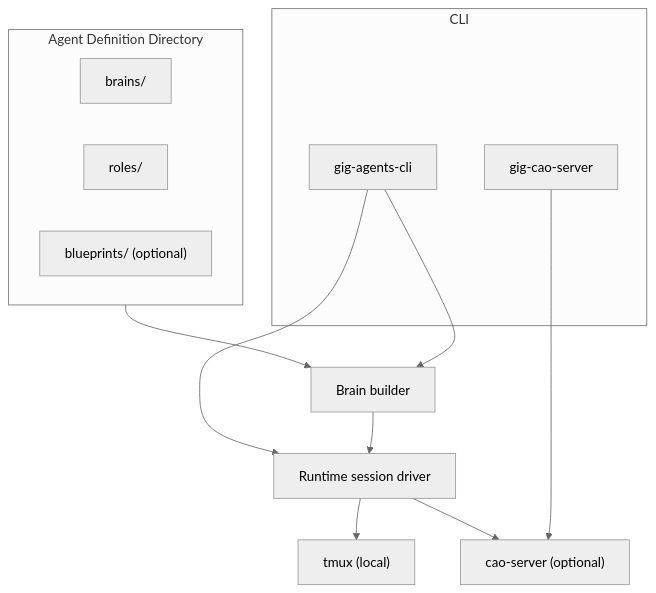
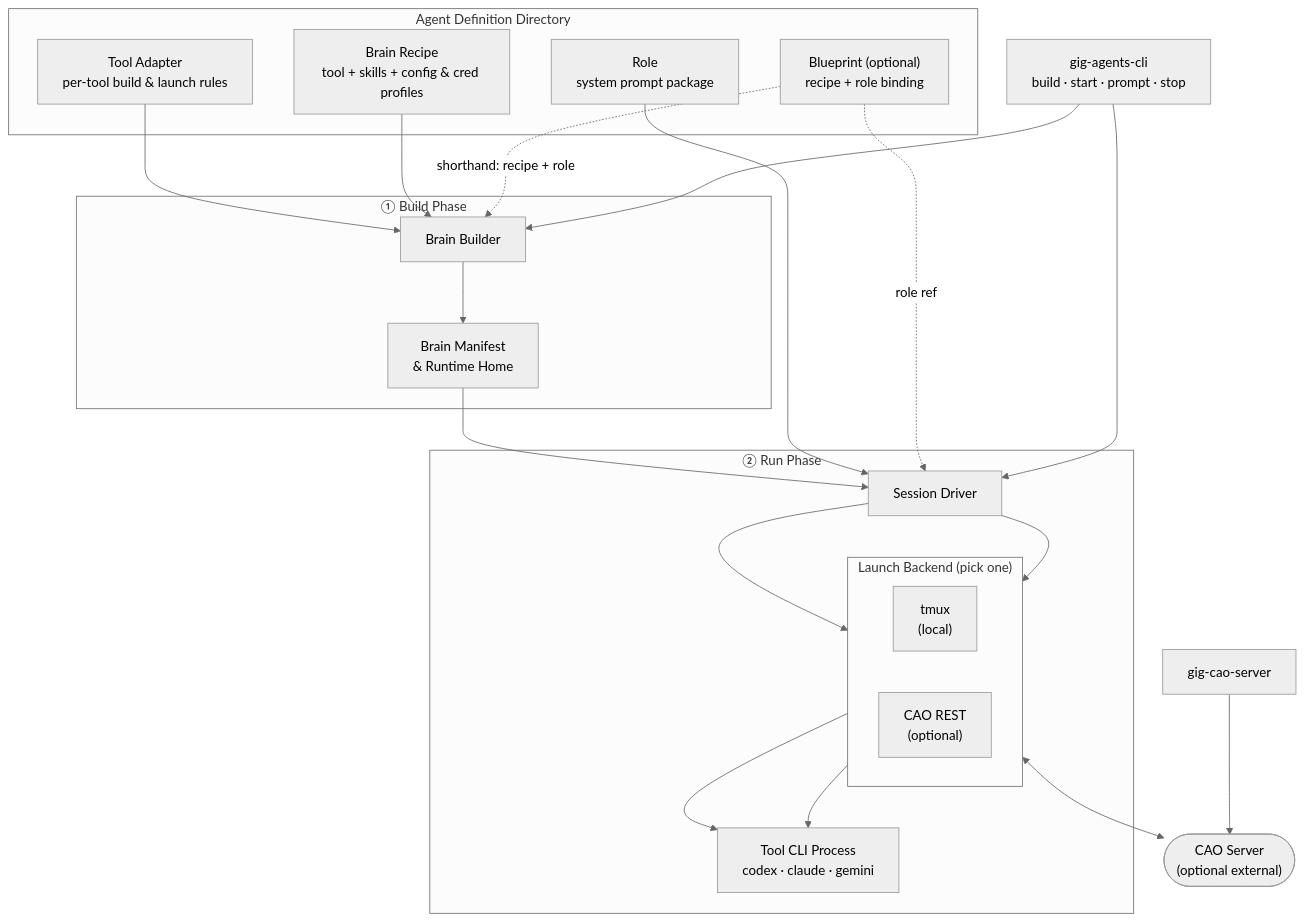
Before and after one commit to igamenovoer/houmao: the first of 2 diagrams in README.md, drawn with Mermaid (neutral theme). The commit also changed other lines of this file and 2 other files, not shown here.

Commit message:
feat: add pg-hosting pixi environment

````diff
--- a/README.md
+++ b/README.md
@@ -297,25 +304,48 @@
 ```mermaid
 flowchart TB
-    subgraph defdir ["Agent Definition Directory"]
-        brains["brains/"]
-        roles["roles/"]
-        blueprints["blueprints/ (optional)"]
+    subgraph agentdef ["Agent Definition Directory"]
+        adapter["Tool Adapter<br/>per-tool build & launch rules"]
+        recipe["Brain Recipe<br/>tool + skills + config & cred profiles"]
+        role["Role<br/>system prompt package"]
+        blueprint["Blueprint  (optional)<br/>recipe + role binding"]
     end
 
-    subgraph cli ["CLI"]
-        agentscli["gig-agents-cli"]
-        caocli["gig-cao-server"]
+    subgraph buildphase ["① Build Phase"]
+        builder["Brain Builder"]
+        artifact["Brain Manifest<br/>& Runtime Home"]
+        builder --> artifact
     end
 
-    builder["Brain builder"]
-    runtime["Runtime session driver"]
-    tmux["tmux (local)"]
-    caoserver["cao-server (optional)"]
+    subgraph runphase ["② Run Phase"]
+        runtime["Session Driver"]
+        subgraph backends ["Launch Backend  (pick one)"]
+            direction LR
+            tmux_b["tmux<br/>(local)"]
+            cao_b["CAO REST<br/>(optional)"]
+        end
+        toolcli["Tool CLI Process<br/>codex · claude · gemini"]
+        runtime --> tmux_b & cao_b --> toolcli
+    end
 
-    defdir --> builder --> runtime
+    extcao(["CAO Server<br/>(optional external)"])
+    caocli["gig-cao-server"]
+    agentscli["gig-agents-cli<br/>build · start · prompt · stop"]
+
+    %% Build inputs
+    adapter --> builder
+    recipe --> builder
+    blueprint -. "shorthand: recipe + role" .-> builder
+
+    %% Phase handoff
+    artifact --> runtime
+    role --> runtime
+    blueprint -. "role ref" .-> runtime
+
+    %% CAO path
+    cao_b <--> extcao
+    caocli --> extcao
+
+    %% CLI orchestrates both phases
     agentscli --> builder
     agentscli --> runtime
-    runtime --> tmux
-    caocli --> caoserver
-    runtime --> caoserver
 ```
````
